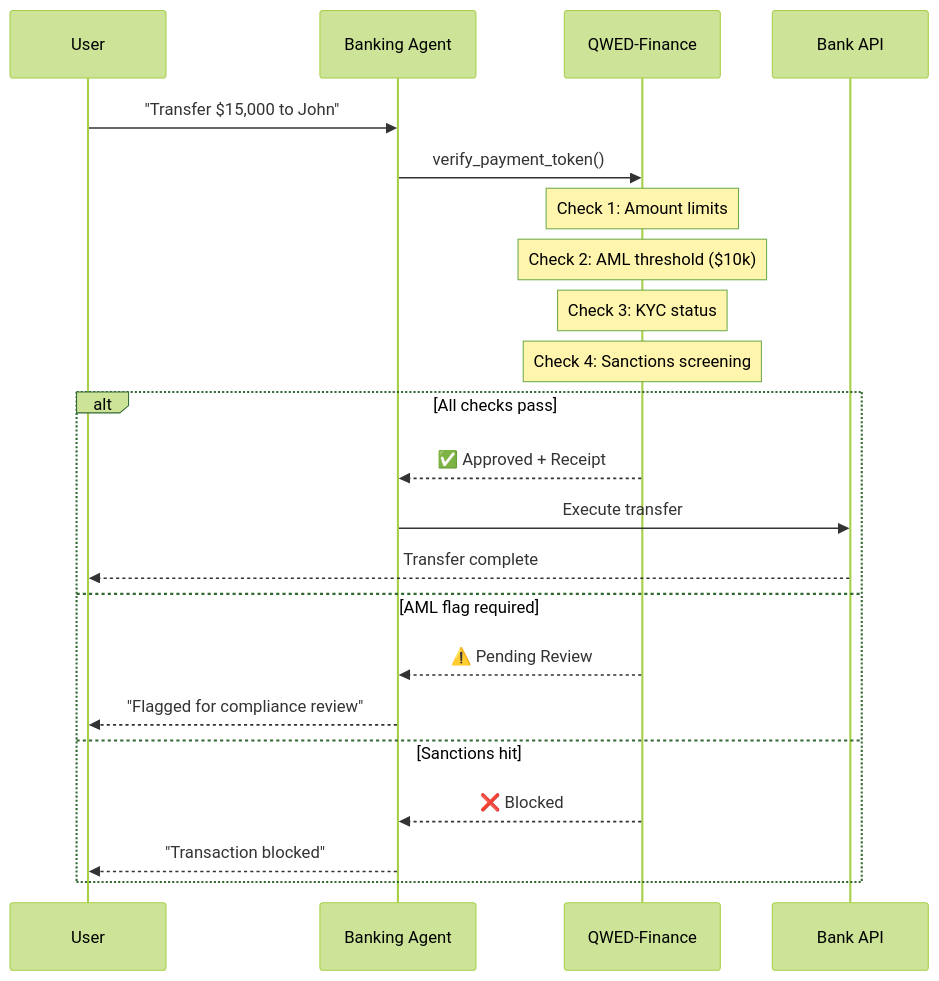
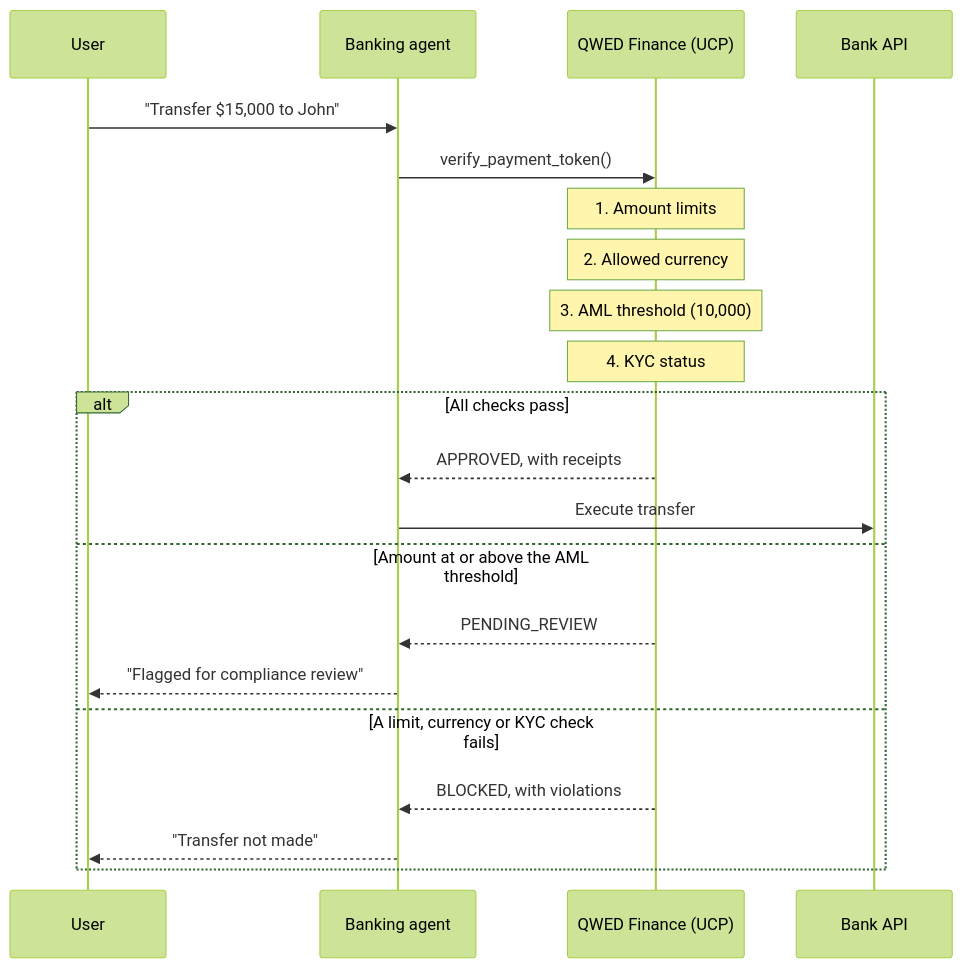
Before and after one commit to QWED-AI/qwed-finance-docs: the second of 2 diagrams in finance/overview.mdx, drawn with Mermaid (forest theme). The commit also changed other lines of this file and 9 other files, not shown here.

First line of the commit message:
docs: correct claims, diagrams and wording against the package

````diff
--- a/finance/overview.mdx
+++ b/finance/overview.mdx
@@ -161,27 +114,26 @@
 ```mermaid
 sequenceDiagram
     participant User
-    participant Agent as Banking Agent
-    participant QWED as QWED-Finance
+    participant Agent as Banking agent
+    participant QWED as QWED Finance (UCP)
     participant Bank as Bank API
-    
+
     User->>Agent: "Transfer $15,000 to John"
     Agent->>QWED: verify_payment_token()
-    
-    Note over QWED: Check 1: Amount limits
-    Note over QWED: Check 2: AML threshold ($10k)
-    Note over QWED: Check 3: KYC status
-    Note over QWED: Check 4: Sanctions screening
-    
+
+    Note over QWED: 1. Amount limits
+    Note over QWED: 2. Allowed currency
+    Note over QWED: 3. AML threshold (10,000)
+    Note over QWED: 4. KYC status
+
     alt All checks pass
-        QWED-->>Agent: ✅ Approved + Receipt
+        QWED-->>Agent: APPROVED, with receipts
         Agent->>Bank: Execute transfer
-        Bank-->>User: Transfer complete
-    else AML flag required
-        QWED-->>Agent: ⚠️ Pending Review
+    else Amount at or above the AML threshold
+        QWED-->>Agent: PENDING_REVIEW
         Agent-->>User: "Flagged for compliance review"
-    else Sanctions hit
-        QWED-->>Agent: ❌ Blocked
-        Agent-->>User: "Transaction blocked"
+    else A limit, currency or KYC check fails
+        QWED-->>Agent: BLOCKED, with violations
+        Agent-->>User: "Transfer not made"
     end
 ```
````
